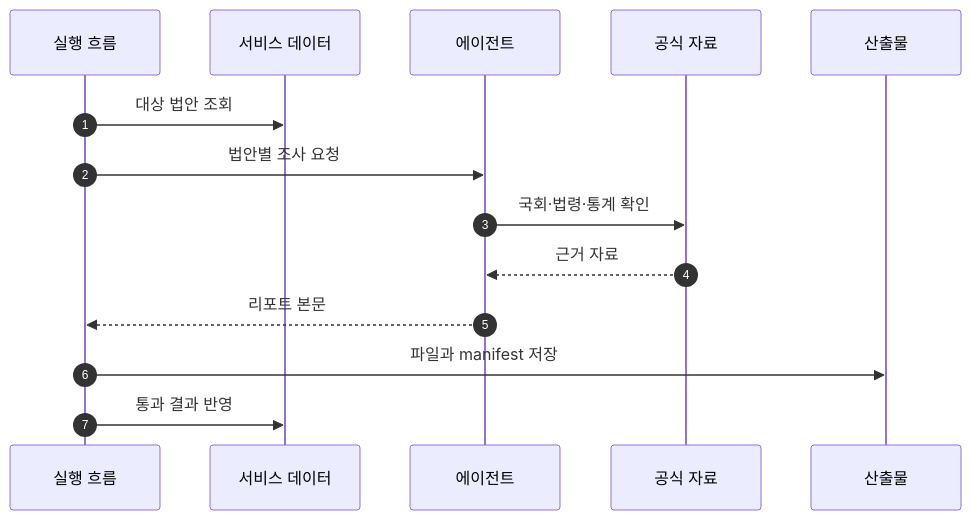
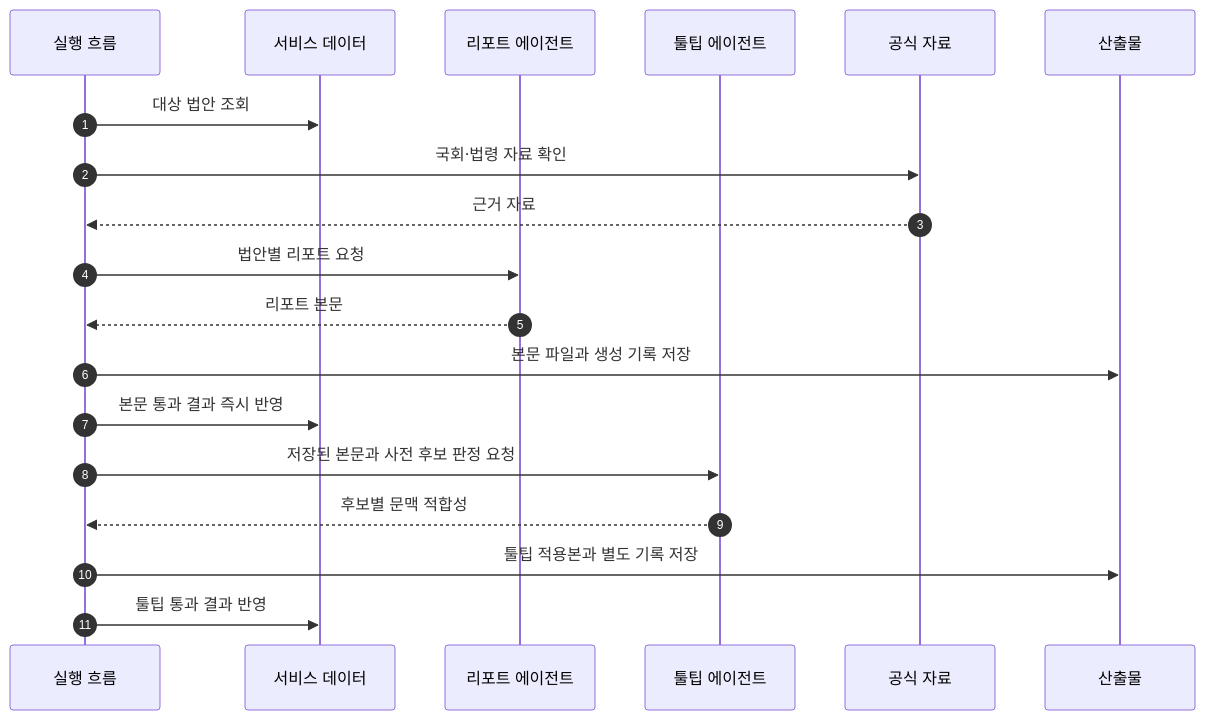
Before and after one commit to LawDigest/LawDigest: the second of 2 diagrams in .cluedoc/ai-intelligence/agentic-bill-report/README.md, drawn with Mermaid. The commit also changed other lines of this file and 12 other files, not shown here.

````diff
--- a/.cluedoc/ai-intelligence/agentic-bill-report/README.md
+++ b/.cluedoc/ai-intelligence/agentic-bill-report/README.md
@@ -43,16 +46,21 @@
 ```mermaid
 sequenceDiagram
     autonumber
     participant Runtime as 실행 흐름
     participant Store as 서비스 데이터
-    participant Agent as 에이전트
+    participant ReportAgent as 리포트 에이전트
+    participant TooltipAgent as 툴팁 에이전트
     participant Sources as 공식 자료
     participant Output as 산출물
     Runtime->>Store: 대상 법안 조회
-    Runtime->>Agent: 법안별 조사 요청
-    Agent->>Sources: 국회·법령·통계 확인
-    Sources-->>Agent: 근거 자료
-    Agent-->>Runtime: 리포트 본문
-    Runtime->>Output: 파일과 manifest 저장
-    Runtime->>Store: 통과 결과 반영
+    Runtime->>Sources: 국회·법령 자료 확인
+    Sources-->>Runtime: 근거 자료
+    Runtime->>ReportAgent: 법안별 리포트 요청
+    ReportAgent-->>Runtime: 리포트 본문
+    Runtime->>Output: 본문 파일과 생성 기록 저장
+    Runtime->>Store: 본문 통과 결과 즉시 반영
+    Runtime->>TooltipAgent: 저장된 본문과 사전 후보 판정 요청
+    TooltipAgent-->>Runtime: 후보별 문맥 적합성
+    Runtime->>Output: 툴팁 적용본과 별도 기록 저장
+    Runtime->>Store: 툴팁 통과 결과 반영
 ```
````
